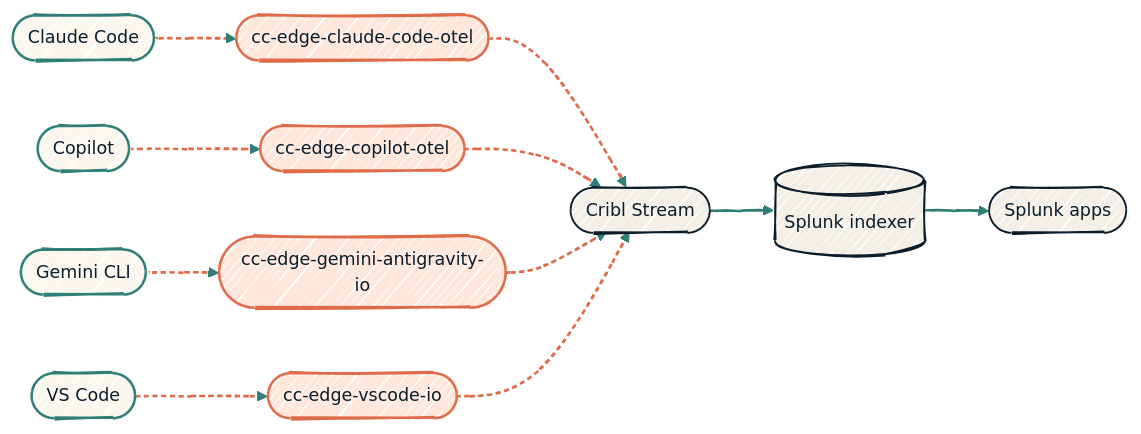
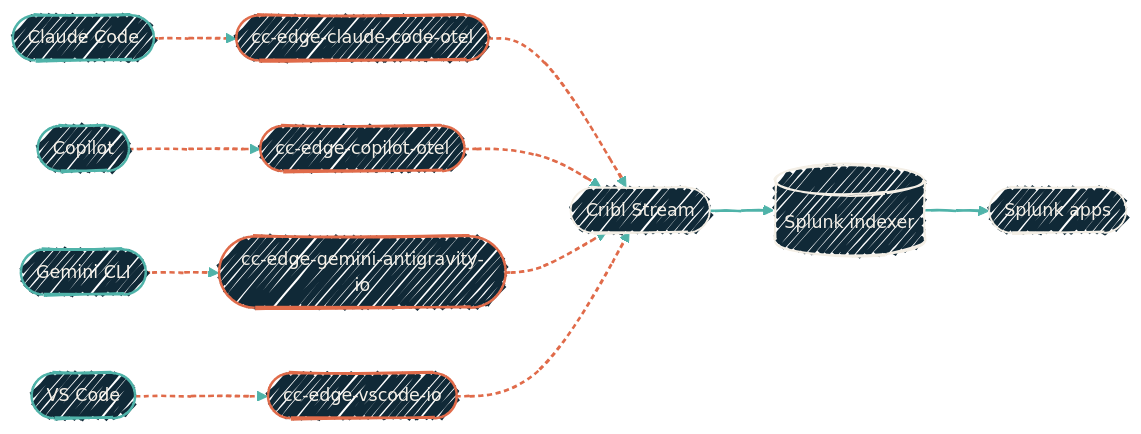
Before and after one commit to dryvist/docs: the diagram in observability/overview.mdx, drawn with Mermaid. The commit also changed 11 other files, not shown here.

````diff
--- a/observability/overview.mdx
+++ b/observability/overview.mdx
@@ -16,34 +16,34 @@
 ```mermaid
-%%{init: {'theme':'base','look':'handDrawn','themeVariables':{'fontFamily':'Geist','fontSize':'14px','primaryColor':'#FBF7EE','primaryTextColor':'#0B1D2A','primaryBorderColor':'#2F7E78','lineColor':'#2F7E78','secondaryColor':'#F4EFE6','tertiaryColor':'#FFE7DC','clusterBkg':'rgba(47,126,120,0.06)','clusterBorder':'#2F7E78'}}}%%
+%%{init: {'theme':'base','look':'handDrawn','themeVariables':{'fontFamily':'Geist','fontSize':'14px','primaryColor':'#102937','primaryTextColor':'#F4EFE6','primaryBorderColor':'#4FB3A9','lineColor':'#4FB3A9','secondaryColor':'#0B1D2A','tertiaryColor':'#1A2A38','clusterBkg':'rgba(79,179,169,0.08)','clusterBorder':'#4FB3A9'}}}%%
 flowchart LR
   Claude([Claude Code])
   Copilot([Copilot])
   Gemini([Gemini CLI])
   VSC([VS Code])
 
   CCO([cc-edge-claude-code-otel])
   CCP([cc-edge-copilot-otel])
   CAG([cc-edge-gemini-antigravity-io])
   CCV([cc-edge-vscode-io])
 
   Stream([Cribl Stream])
   SP[(Splunk indexer)]
   App([Splunk apps])
 
   Claude --> CCO --> Stream
   Copilot --> CCP --> Stream
   Gemini --> CAG --> Stream
   VSC --> CCV --> Stream
   Stream --> SP --> App
 
-  classDef tool  fill:#FBF7EE,stroke:#2F7E78,stroke-width:2px,color:#0B1D2A;
-  classDef pack  fill:#FFE7DC,stroke:#E06B4A,stroke-width:2px,color:#0B1D2A;
-  classDef route fill:#F4EFE6,stroke:#0B1D2A,stroke-width:1.5px,color:#0B1D2A;
+  classDef tool  fill:#102937,stroke:#4FB3A9,stroke-width:2px,color:#F4EFE6;
+  classDef pack  fill:#102937,stroke:#E06B4A,stroke-width:2px,color:#F4EFE6;
+  classDef route fill:#102937,stroke:#F4EFE6,stroke-width:1.5px,color:#F4EFE6;
 
   class Claude,Copilot,Gemini,VSC tool
   class CCO,CCP,CAG,CCV pack
   class Stream,SP,App route
 
   linkStyle 0,1,2,3,4,5,6,7 stroke:#E06B4A,stroke-width:2px,stroke-dasharray:4 3;
-  linkStyle 8,9 stroke:#2F7E78,stroke-width:2px;
+  linkStyle 8,9 stroke:#4FB3A9,stroke-width:2px;
 ```
````
